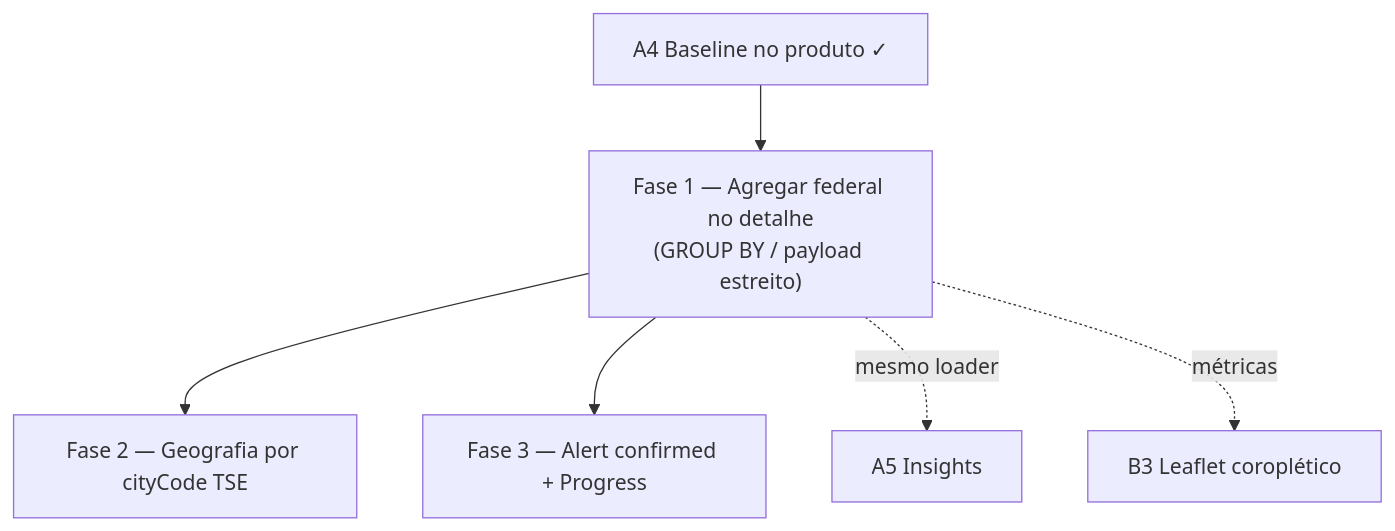
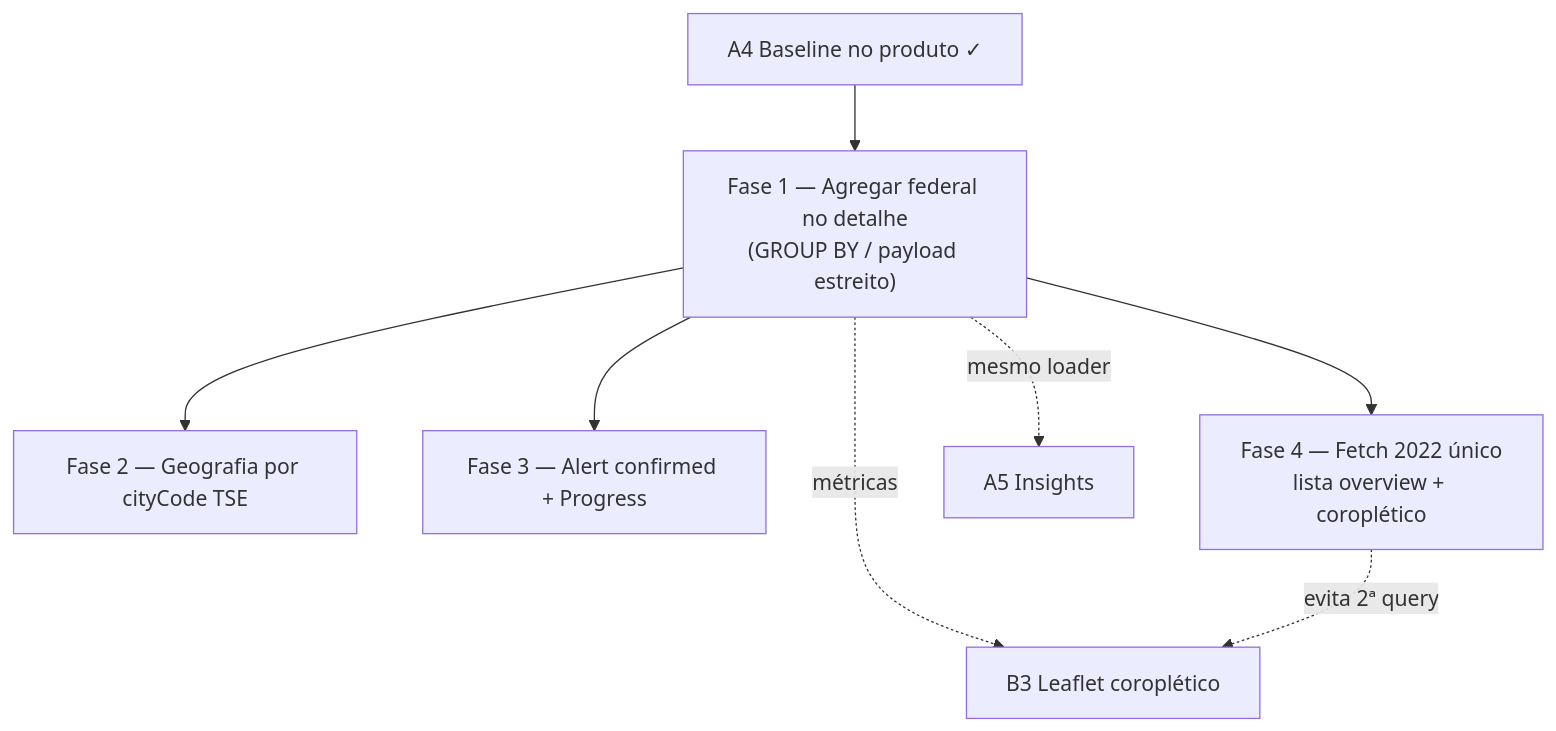
The diagram in docs/plans/escala-dry-pos-a4.md (fsolla/teqo), drawn with Mermaid before and after one commit. The commit also changed other lines of this file and 35 other files, not shown here.

````diff
--- a/docs/plans/escala-dry-pos-a4.md
+++ b/docs/plans/escala-dry-pos-a4.md
@@ -47,9 +48,11 @@
 ```mermaid
 flowchart TD
     A4["A4 Baseline no produto ✓"] --> F1
     F1["Fase 1 — Agregar federal no detalhe<br/>(GROUP BY / payload estreito)"]
     F1 --> F2["Fase 2 — Geografia por cityCode TSE"]
     F1 --> F3["Fase 3 — Alert confirmed + Progress"]
+    F1 --> F4["Fase 4 — Fetch 2022 único<br/>lista overview + coroplético"]
     F1 -.mesmo loader.-> A5["A5 Insights"]
     F1 -.métricas.-> B3["B3 Leaflet coroplético"]
+    F4 -.evita 2ª query.-> B3
 ```
````
